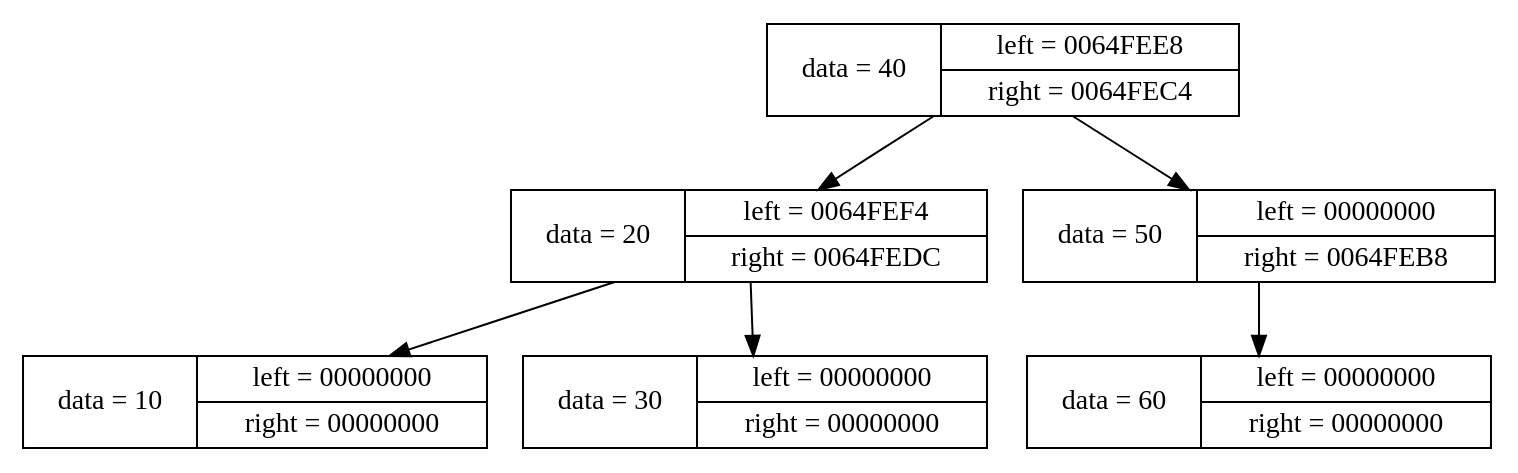
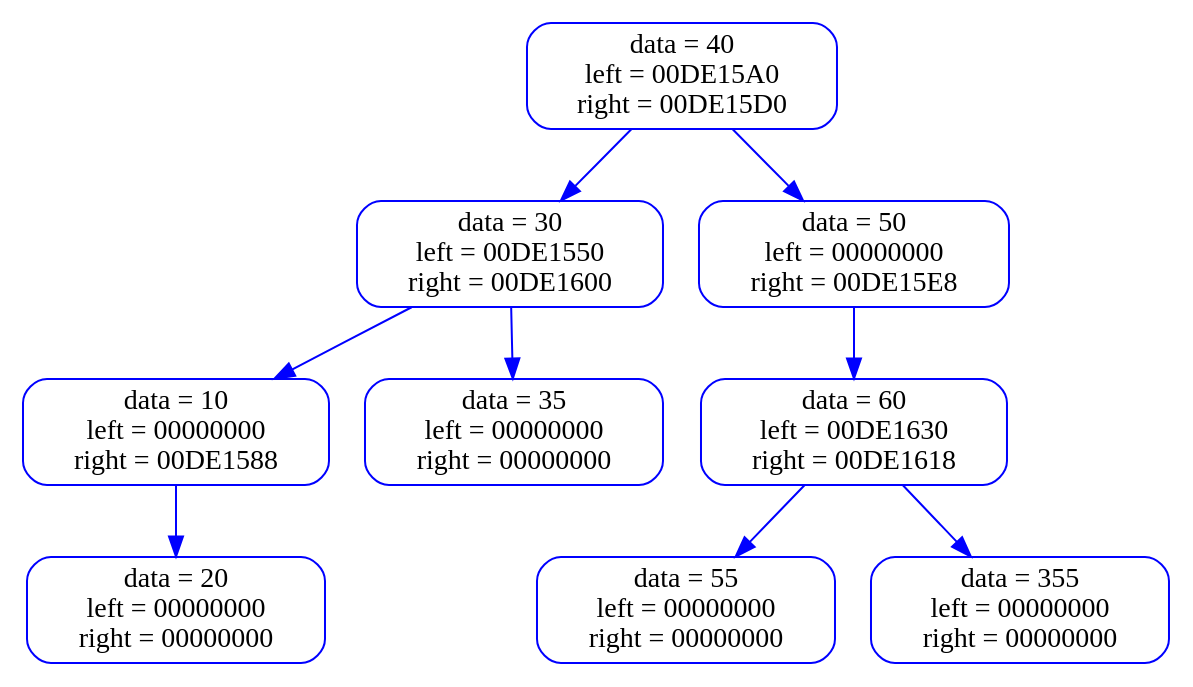
Before and after one commit to aywert/ACINATOR: the diagram in log_folder_acinator/acinator_graph.dot, drawn with Graphviz. The commit also changed 4 other files, not shown here.

```diff
--- a/log_folder_acinator/acinator_graph.dot
+++ b/log_folder_acinator/acinator_graph.dot
@@ -1,15 +1,39 @@
 digraph list
 {
 rankdir=HR;
-	6618832 [shape=record, label = " data = 40| {left = 0064FEE8| right = 0064FEC4}"];
-	6618856 [shape=record, label = " data = 20| {left = 0064FEF4| right = 0064FEDC}"];
-	6618832 -> 6618856
-	6618868 [shape=record, label = " data = 10| {left = 00000000| right = 00000000}"];
-	6618856 -> 6618868
-	6618844 [shape=record, label = " data = 30| {left = 00000000| right = 00000000}"];
-	6618856 -> 6618844
-	6618820 [shape=record, label = " data = 50| {left = 00000000| right = 0064FEB8}"];
-	6618832 -> 6618820
-	6618808 [shape=record, label = " data = 60| {left = 00000000| right = 00000000}"];
-	6618820 -> 6618808
+	14554552 [shape="rectangle", style="rounded", color="blue", label = " data = 40
+ left = 00DE15A0
+ right = 00DE15D0"];
+	14554528 [shape="rectangle", style="rounded", color="blue", label = " data = 30
+ left = 00DE1550
+ right = 00DE1600"];
+	14554552 -> 14554528 [color="blue"]
+	14554448 [shape="rectangle", style="rounded", color="blue", label = " data = 10
+ left = 00000000
+ right = 00DE1588"];
+	14554528 -> 14554448 [color="blue"]
+	14554504 [shape="rectangle", style="rounded", color="blue", label = " data = 20
+ left = 00000000
+ right = 00000000"];
+	14554448 -> 14554504 [color="blue"]
+	14554624 [shape="rectangle", style="rounded", color="blue", label = " data = 35
+ left = 00000000
+ right = 00000000"];
+	14554528 -> 14554624 [color="blue"]
+	14554576 [shape="rectangle", style="rounded", color="blue", label = " data = 50
+ left = 00000000
+ right = 00DE15E8"];
+	14554552 -> 14554576 [color="blue"]
+	14554600 [shape="rectangle", style="rounded", color="blue", label = " data = 60
+ left = 00DE1630
+ right = 00DE1618"];
+	14554576 -> 14554600 [color="blue"]
+	14554672 [shape="rectangle", style="rounded", color="blue", label = " data = 55
+ left = 00000000
+ right = 00000000"];
+	14554600 -> 14554672 [color="blue"]
+	14554648 [shape="rectangle", style="rounded", color="blue", label = " data = 355
+ left = 00000000
+ right = 00000000"];
+	14554600 -> 14554648 [color="blue"]
 	}
```
